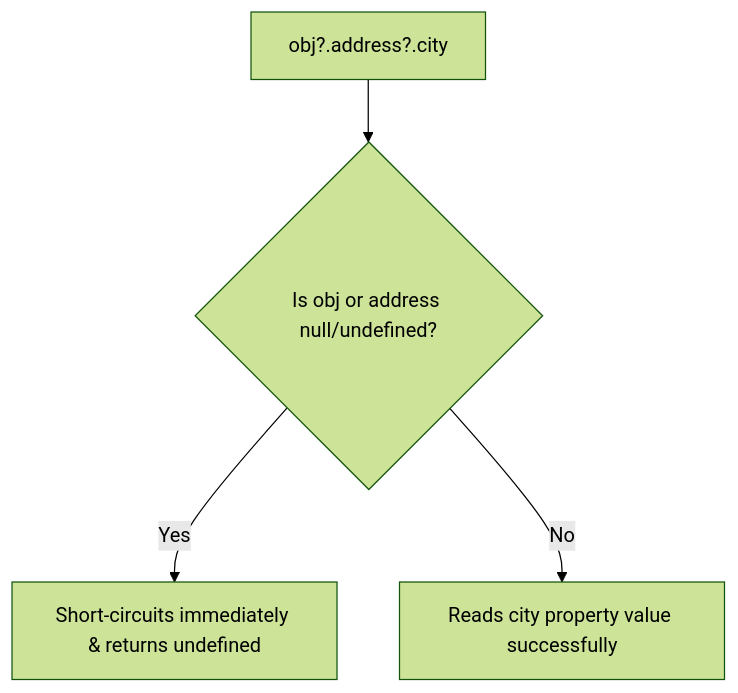
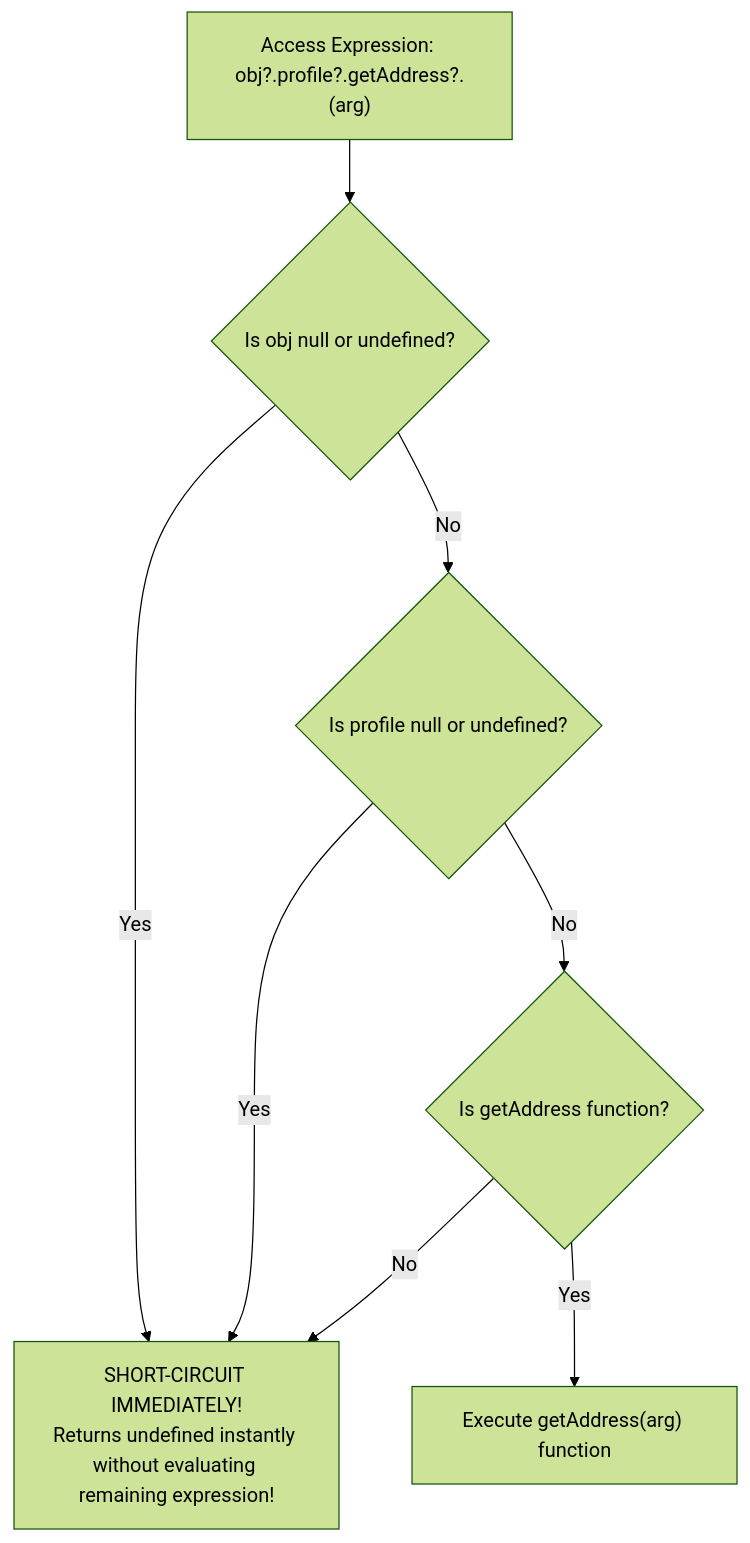
One commit to Amie-dev/engineering-playbook changed the first of 2 diagrams in js-notes/39-optional-chaining-nullish.md. Above: the diagram before and after it, drawn with Mermaid (forest theme). The commit also changed other lines of this file and 42 other files, not shown here.

````diff
--- a/js-notes/39-optional-chaining-nullish.md
+++ b/js-notes/39-optional-chaining-nullish.md
@@ -10,6 +15,12 @@
 ```mermaid
-graph TD
-    Access["obj?.address?.city"] --> Check{Is obj or address null/undefined?}
-    Check -- Yes --> ShortCircuit["Short-circuits immediately & returns undefined"]
-    Check -- No --> Read["Reads city property value successfully"]
+flowchart TD
+    AccessExpr["Access Expression: obj?.profile?.getAddress?.(arg)"] --> Step1{Is obj null or undefined?}
+
+    Step1 -- Yes --> ShortCircuit["SHORT-CIRCUIT IMMEDIATELY!<br/>Returns undefined instantly without evaluating remaining expression!"]
+    
+    Step1 -- No --> Step2{Is profile null or undefined?}
+    Step2 -- Yes --> ShortCircuit
+    Step2 -- No --> Step3{Is getAddress function?}
+    Step3 -- No --> ShortCircuit
+    Step3 -- Yes --> ExecFn["Execute getAddress(arg) function"]
 ```
````
